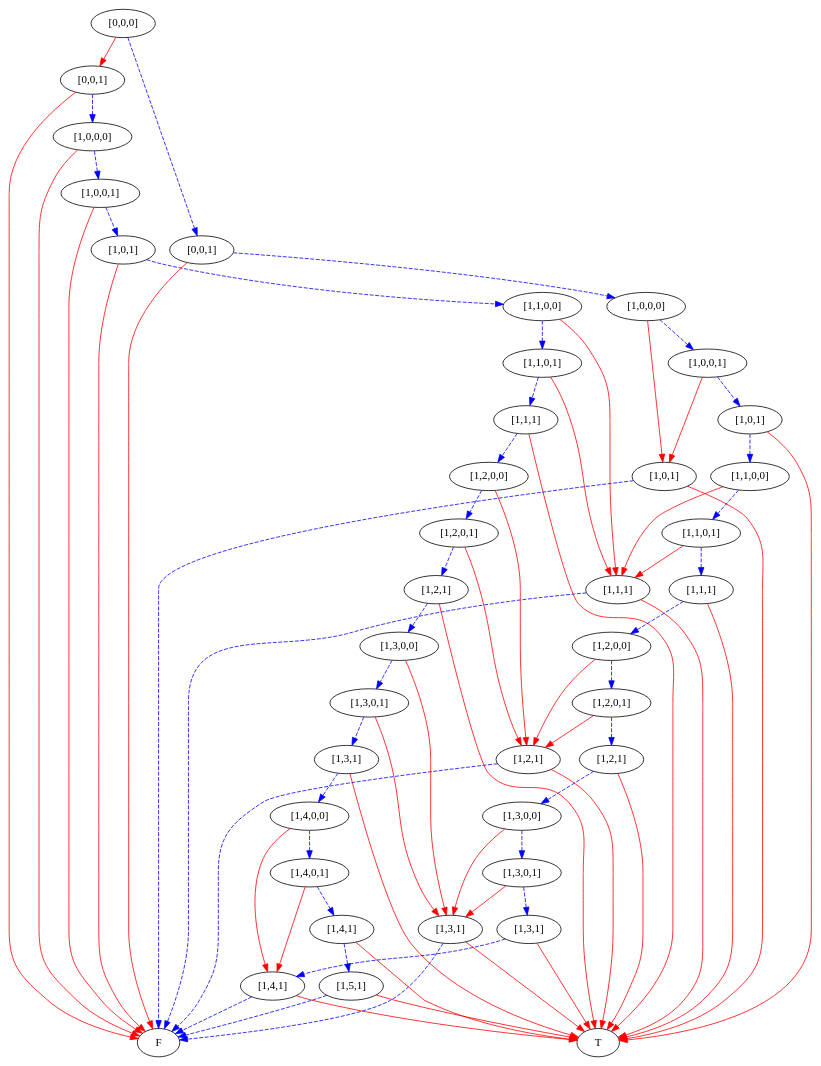
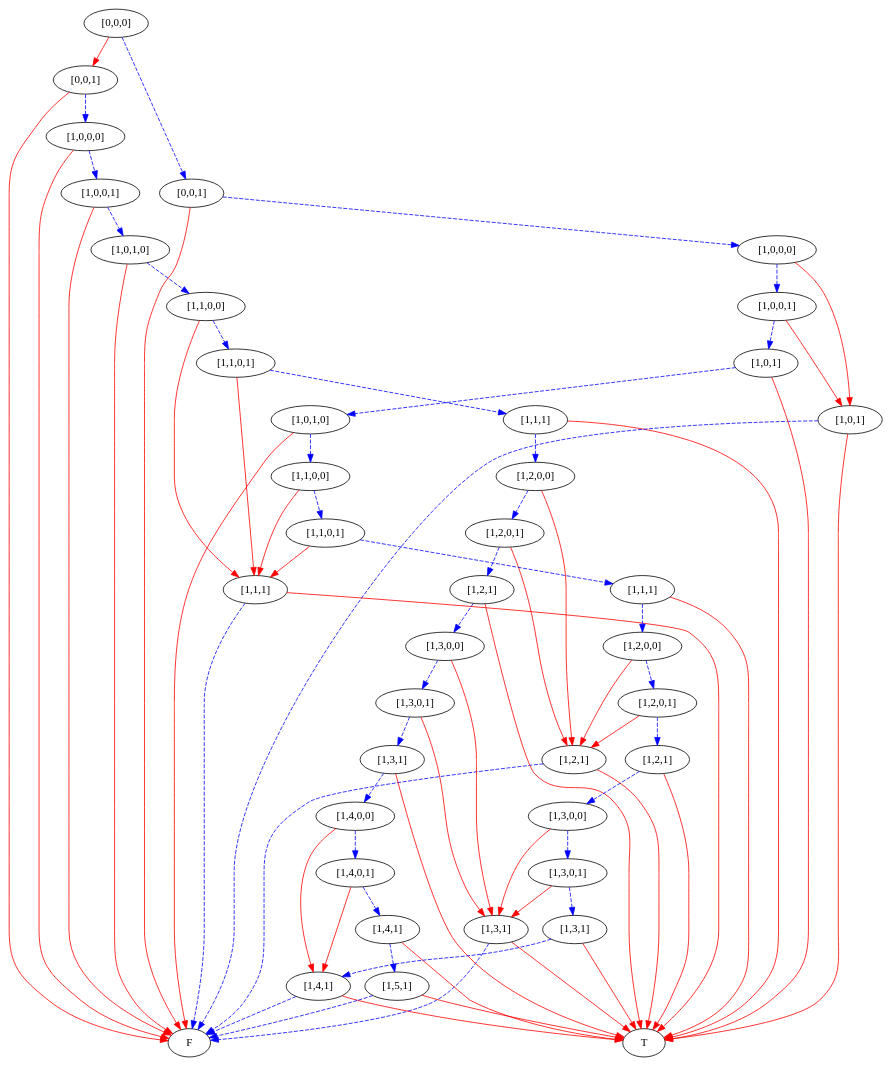
One commit to mburyakov/minxmod changed the diagram in simpleProgram5bstates/9.dot. Above: the diagram before and after it, drawn with Graphviz. The commit also changed 21 other files, not shown here.

```diff
--- a/simpleProgram5bstates/9.dot
+++ b/simpleProgram5bstates/9.dot
@@ -1,148 +1,152 @@
 digraph {
     1 [label=F];
     2 [label=T];
     3 [label="[1,1,1]"];
     4 [label="[1,2,1]"];
     5 [label="[1,3,1]"];
     6 [label="[1,4,1]"];
     7 [label="[1,5,1]"];
     8 [label="[1,4,1]"];
     9 [label="[1,4,0,1]"];
     10 [label="[1,4,0,0]"];
     11 [label="[1,3,1]"];
     12 [label="[1,3,0,1]"];
     13 [label="[1,3,0,0]"];
     14 [label="[1,2,1]"];
     15 [label="[1,2,0,1]"];
     16 [label="[1,2,0,0]"];
     17 [label="[1,1,1]"];
     18 [label="[1,1,0,1]"];
     19 [label="[1,1,0,0]"];
-    20 [label="[1,0,1]"];
+    20 [label="[1,0,1,0]"];
     21 [label="[1,0,0,1]"];
     22 [label="[1,0,0,0]"];
     23 [label="[0,0,1]"];
     24 [label="[1,0,1]"];
     25 [label="[1,3,1]"];
     26 [label="[1,3,0,1]"];
     27 [label="[1,3,0,0]"];
     28 [label="[1,2,1]"];
     29 [label="[1,2,0,1]"];
     30 [label="[1,2,0,0]"];
     31 [label="[1,1,1]"];
     32 [label="[1,1,0,1]"];
     33 [label="[1,1,0,0]"];
-    34 [label="[1,0,1]"];
-    35 [label="[1,0,0,1]"];
-    36 [label="[1,0,0,0]"];
-    37 [label="[0,0,1]"];
-    38 [label="[0,0,0]"];
+    34 [label="[1,0,1,0]"];
+    35 [label="[1,0,1]"];
+    36 [label="[1,0,0,1]"];
+    37 [label="[1,0,0,0]"];
+    38 [label="[0,0,1]"];
+    39 [label="[0,0,0]"];
     3 -> 1 [style=dashed
            ,color=blue];
     3 -> 2 [color=red];
     4 -> 1 [style=dashed
            ,color=blue];
     4 -> 2 [color=red];
     5 -> 1 [style=dashed
            ,color=blue];
     5 -> 2 [color=red];
     6 -> 1 [style=dashed
            ,color=blue];
     6 -> 2 [color=red];
     7 -> 1 [style=dashed
            ,color=blue];
     7 -> 2 [color=red];
     8 -> 7 [style=dashed
            ,color=blue];
     8 -> 2 [color=red];
     9 -> 6 [color=red];
     9 -> 8 [style=dashed
            ,color=blue];
     10 -> 6 [color=red];
     10 -> 9 [style=dashed
             ,color=blue];
     11 -> 10 [style=dashed
              ,color=blue];
     11 -> 2 [color=red];
     12 -> 5 [color=red];
     12 -> 11 [style=dashed
              ,color=blue];
     13 -> 5 [color=red];
     13 -> 12 [style=dashed
              ,color=blue];
     14 -> 13 [style=dashed
              ,color=blue];
     14 -> 2 [color=red];
     15 -> 4 [color=red];
     15 -> 14 [style=dashed
              ,color=blue];
     16 -> 4 [color=red];
     16 -> 15 [style=dashed
              ,color=blue];
     17 -> 16 [style=dashed
              ,color=blue];
     17 -> 2 [color=red];
     18 -> 3 [color=red];
     18 -> 17 [style=dashed
              ,color=blue];
     19 -> 3 [color=red];
     19 -> 18 [style=dashed
              ,color=blue];
     20 -> 19 [style=dashed
              ,color=blue];
     20 -> 1 [color=red];
     21 -> 20 [style=dashed
              ,color=blue];
     21 -> 1 [color=red];
     22 -> 21 [style=dashed
              ,color=blue];
     22 -> 1 [color=red];
     23 -> 22 [style=dashed
              ,color=blue];
     23 -> 1 [color=red];
     24 -> 1 [style=dashed
             ,color=blue];
     24 -> 2 [color=red];
     25 -> 6 [style=dashed
             ,color=blue];
     25 -> 2 [color=red];
     26 -> 5 [color=red];
     26 -> 25 [style=dashed
              ,color=blue];
     27 -> 5 [color=red];
     27 -> 26 [style=dashed
              ,color=blue];
     28 -> 27 [style=dashed
              ,color=blue];
     28 -> 2 [color=red];
     29 -> 4 [color=red];
     29 -> 28 [style=dashed
              ,color=blue];
     30 -> 4 [color=red];
     30 -> 29 [style=dashed
              ,color=blue];
     31 -> 30 [style=dashed
              ,color=blue];
     31 -> 2 [color=red];
     32 -> 3 [color=red];
     32 -> 31 [style=dashed
              ,color=blue];
     33 -> 3 [color=red];
     33 -> 32 [style=dashed
              ,color=blue];
     34 -> 33 [style=dashed
              ,color=blue];
-    34 -> 2 [color=red];
-    35 -> 24 [color=red];
+    34 -> 1 [color=red];
     35 -> 34 [style=dashed
              ,color=blue];
+    35 -> 2 [color=red];
     36 -> 24 [color=red];
     36 -> 35 [style=dashed
              ,color=blue];
+    37 -> 24 [color=red];
     37 -> 36 [style=dashed
              ,color=blue];
-    37 -> 1 [color=red];
-    38 -> 23 [color=red];
     38 -> 37 [style=dashed
              ,color=blue];
+    38 -> 1 [color=red];
+    39 -> 23 [color=red];
+    39 -> 38 [style=dashed
+             ,color=blue];
 }
```
